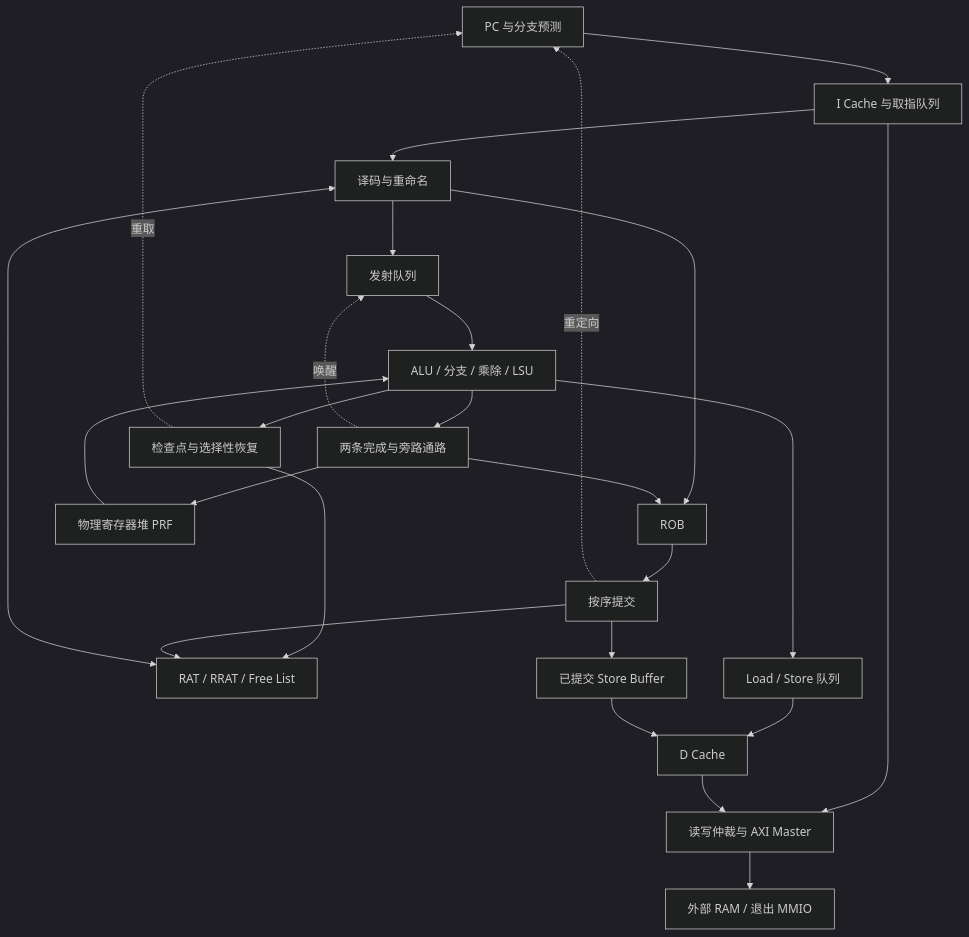
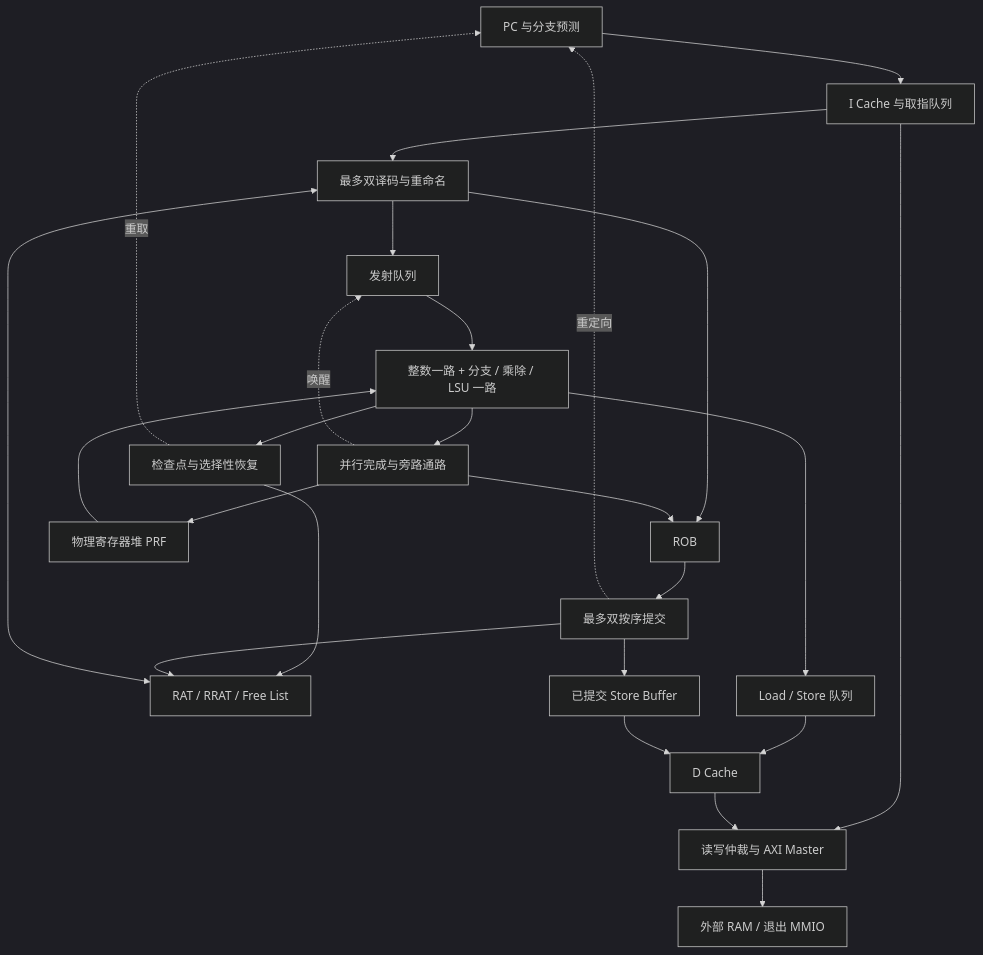
One commit to GIFBMP/RISC-V-CPU-2026 changed the diagram in docs/arch.md. Above: the diagram before and after it, drawn with Mermaid (dark theme). The commit also changed other lines of this file and 20 other files, not shown here.

````diff
--- a/docs/arch.md
+++ b/docs/arch.md
@@ -77,27 +77,27 @@
 ```mermaid
 flowchart TD
     PC["PC 与分支预测"] --> IC["I Cache 与取指队列"]
-    IC --> DEC["译码与重命名"]
+    IC --> DEC["最多双译码与重命名"]
     MAP["RAT / RRAT / Free List"] <--> DEC
     DEC --> IQ["发射队列"]
     DEC --> ROB["ROB"]
-    PRF["物理寄存器堆 PRF"] --> EX["ALU / 分支 / 乘除 / LSU"]
+    PRF["物理寄存器堆 PRF"] --> EX["整数一路 + 分支 / 乘除 / LSU 一路"]
     IQ --> EX
-    EX --> WB["两条完成与旁路通路"]
+    EX --> WB["并行完成与旁路通路"]
     EX --> REC["检查点与选择性恢复"]
     REC --> MAP
     REC -. "重取" .-> PC
     WB --> PRF
     WB --> ROB
     WB -. "唤醒" .-> IQ
-    ROB --> COMMIT["按序提交"]
+    ROB --> COMMIT["最多双按序提交"]
     COMMIT --> MAP
     COMMIT -. "重定向" .-> PC
     EX --> LSQ["Load / Store 队列"]
     COMMIT --> SB["已提交 Store Buffer"]
     LSQ --> DC["D Cache"]
     SB --> DC
     IC --> AXI["读写仲裁与 AXI Master"]
     DC --> AXI
     AXI --> MEM["外部 RAM / 退出 MMIO"]
 ```
````
